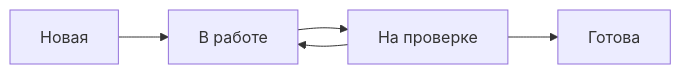
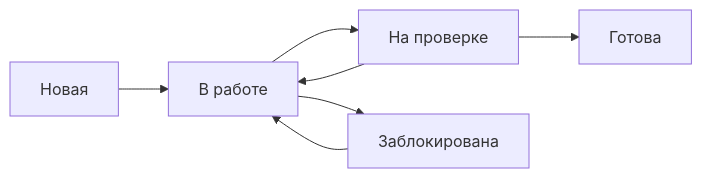
One commit to ifrit181/portfolio changed the diagram in taskflow-docs/docs/user-guide/tasks.md. Above: the diagram before and after it, drawn with Mermaid. The commit also changed other lines of this file and 13 other files, not shown here.

````diff
--- a/taskflow-docs/docs/user-guide/tasks.md
+++ b/taskflow-docs/docs/user-guide/tasks.md
@@ -40,7 +62,9 @@
 ```mermaid
 graph LR
     A[Новая] --> B[В работе]
     B --> C[На проверке]
     C --> D[Готова]
     C --> B
+    B --> E[Заблокирована]
+    E --> B
 ```
````
